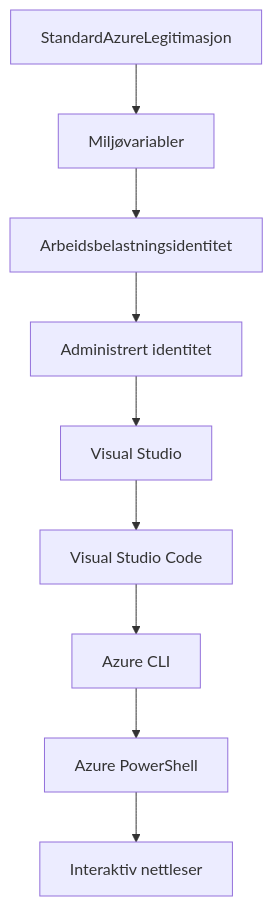
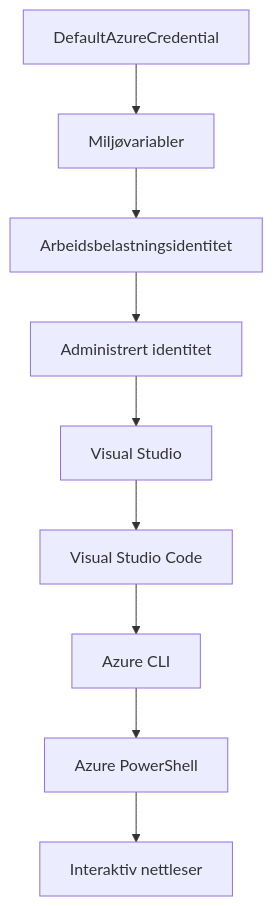
The second of 2 diagrams in translations/no/docs/chapter-01-foundation/azd-basics.md (microsoft/AZD-for-beginners), drawn with Mermaid before and after one commit. The commit also changed other lines of this file and 101 other files, not shown here.

````diff
--- a/translations/no/docs/chapter-01-foundation/azd-basics.md
+++ b/translations/no/docs/chapter-01-foundation/azd-basics.md
@@ -593,11 +591,11 @@
 ```mermaid
 graph TD
-    A[StandardAzureLegitimasjon] --> B[Miljøvariabler]
+    A[DefaultAzureCredential] --> B[Miljøvariabler]
     B --> C[Arbeidsbelastningsidentitet]
     C --> D[Administrert identitet]
     D --> E[Visual Studio]
     E --> F[Visual Studio Code]
     F --> G[Azure CLI]
     G --> H[Azure PowerShell]
     H --> I[Interaktiv nettleser]
 ```
````
